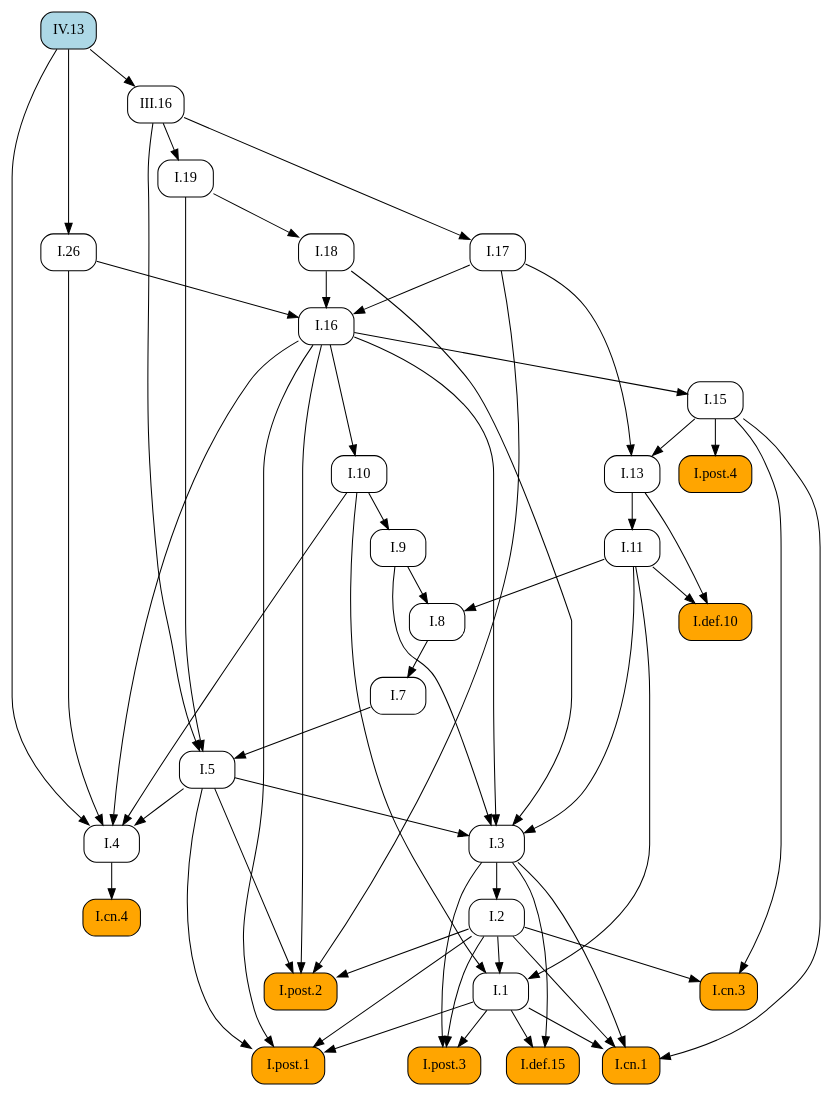
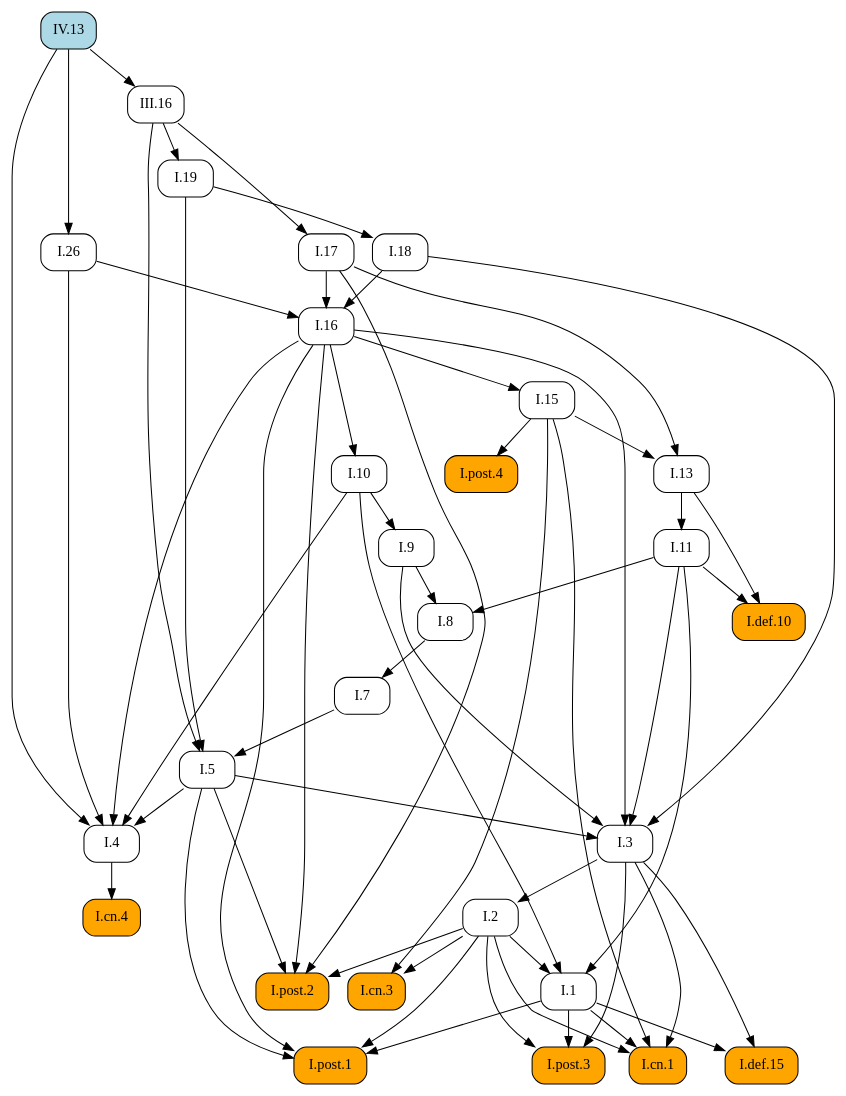
One commit to geometor/elements changed the diagram in docsrc/elements2/IV/13/index.rst. Above: the diagram before and after it, drawn with Graphviz. The commit also changed other lines of this file and 409 other files, not shown here.

First line of the commit message:
feat: Add image cropping and graphic extraction script

```diff
--- a/docsrc/elements2/IV/13/index.rst
+++ b/docsrc/elements2/IV/13/index.rst
@@ -78,89 +78,89 @@
    digraph {
      rankdir="TB";
      node [shape=box, style=rounded];
+     "I.def.15" [style="rounded,filled", fillcolor=orange, URL="/elements2/I/def.15/", target="_top"];
+     "I.19" [URL="/elements2/I/19/", target="_top"];
+     "I.18" [URL="/elements2/I/18/", target="_top"];
+     "I.11" [URL="/elements2/I/11/", target="_top"];
+     "I.def.10" [style="rounded,filled", fillcolor=orange, URL="/elements2/I/def.10/", target="_top"];
      "I.8" [URL="/elements2/I/8/", target="_top"];
-     "I.post.3" [style="rounded,filled", fillcolor=orange, URL="/elements2/I/post.3/", target="_top"];
-     "I.19" [URL="/elements2/I/19/", target="_top"];
-     "I.1" [URL="/elements2/I/1/", target="_top"];
-     "I.cn.4" [style="rounded,filled", fillcolor=orange, URL="/elements2/I/cn.4/", target="_top"];
-     "I.cn.3" [style="rounded,filled", fillcolor=orange, URL="/elements2/I/cn.3/", target="_top"];
-     "I.7" [URL="/elements2/I/7/", target="_top"];
-     "I.17" [URL="/elements2/I/17/", target="_top"];
-     "I.post.1" [style="rounded,filled", fillcolor=orange, URL="/elements2/I/post.1/", target="_top"];
-     "I.9" [URL="/elements2/I/9/", target="_top"];
      "I.5" [URL="/elements2/I/5/", target="_top"];
-     "I.cn.1" [style="rounded,filled", fillcolor=orange, URL="/elements2/I/cn.1/", target="_top"];
-     "I.16" [URL="/elements2/I/16/", target="_top"];
-     "I.def.10" [style="rounded,filled", fillcolor=orange, URL="/elements2/I/def.10/", target="_top"];
-     "I.18" [URL="/elements2/I/18/", target="_top"];
-     "I.13" [URL="/elements2/I/13/", target="_top"];
-     "I.post.4" [style="rounded,filled", fillcolor=orange, URL="/elements2/I/post.4/", target="_top"];
-     "I.2" [URL="/elements2/I/2/", target="_top"];
-     "I.def.15" [style="rounded,filled", fillcolor=orange, URL="/elements2/I/def.15/", target="_top"];
-     "I.4" [URL="/elements2/I/4/", target="_top"];
-     "IV.13" [style="rounded,filled", fillcolor=lightblue, URL="/elements2/IV/13/", target="_top"];
-     "I.11" [URL="/elements2/I/11/", target="_top"];
-     "I.10" [URL="/elements2/I/10/", target="_top"];
-     "III.16" [URL="/elements2/III/16/", target="_top"];
      "I.15" [URL="/elements2/I/15/", target="_top"];
      "I.3" [URL="/elements2/I/3/", target="_top"];
+     "I.10" [URL="/elements2/I/10/", target="_top"];
+     "I.17" [URL="/elements2/I/17/", target="_top"];
+     "I.26" [URL="/elements2/I/26/", target="_top"];
+     "I.cn.1" [style="rounded,filled", fillcolor=orange, URL="/elements2/I/cn.1/", target="_top"];
+     "I.cn.3" [style="rounded,filled", fillcolor=orange, URL="/elements2/I/cn.3/", target="_top"];
+     "I.13" [URL="/elements2/I/13/", target="_top"];
+     "I.4" [URL="/elements2/I/4/", target="_top"];
+     "I.post.3" [style="rounded,filled", fillcolor=orange, URL="/elements2/I/post.3/", target="_top"];
+     "IV.13" [style="rounded,filled", fillcolor=lightblue, URL="/elements2/IV/13/", target="_top"];
+     "I.7" [URL="/elements2/I/7/", target="_top"];
+     "III.16" [URL="/elements2/III/16/", target="_top"];
+     "I.9" [URL="/elements2/I/9/", target="_top"];
+     "I.16" [URL="/elements2/I/16/", target="_top"];
+     "I.post.1" [style="rounded,filled", fillcolor=orange, URL="/elements2/I/post.1/", target="_top"];
+     "I.2" [URL="/elements2/I/2/", target="_top"];
+     "I.cn.4" [style="rounded,filled", fillcolor=orange, URL="/elements2/I/cn.4/", target="_top"];
+     "I.post.4" [style="rounded,filled", fillcolor=orange, URL="/elements2/I/post.4/", target="_top"];
+     "I.1" [URL="/elements2/I/1/", target="_top"];
      "I.post.2" [style="rounded,filled", fillcolor=orange, URL="/elements2/I/post.2/", target="_top"];
-     "I.26" [URL="/elements2/I/26/", target="_top"];
+     "I.1" -> "I.def.15";
+     "I.3" -> "I.def.15";
+     "III.16" -> "I.19";
+     "I.19" -> "I.18";
+     "I.13" -> "I.11";
+     "I.11" -> "I.def.10";
+     "I.13" -> "I.def.10";
      "I.9" -> "I.8";
      "I.11" -> "I.8";
-     "I.1" -> "I.post.3";
-     "I.2" -> "I.post.3";
-     "I.3" -> "I.post.3";
-     "III.16" -> "I.19";
-     "I.2" -> "I.1";
-     "I.10" -> "I.1";
-     "I.11" -> "I.1";
-     "I.4" -> "I.cn.4";
-     "I.2" -> "I.cn.3";
-     "I.15" -> "I.cn.3";
-     "I.8" -> "I.7";
-     "III.16" -> "I.17";
-     "I.1" -> "I.post.1";
-     "I.2" -> "I.post.1";
-     "I.5" -> "I.post.1";
-     "I.16" -> "I.post.1";
-     "I.10" -> "I.9";
      "I.7" -> "I.5";
      "I.19" -> "I.5";
      "III.16" -> "I.5";
-     "I.1" -> "I.cn.1";
-     "I.2" -> "I.cn.1";
-     "I.3" -> "I.cn.1";
-     "I.15" -> "I.cn.1";
-     "I.17" -> "I.16";
-     "I.18" -> "I.16";
-     "I.26" -> "I.16";
-     "I.11" -> "I.def.10";
-     "I.13" -> "I.def.10";
-     "I.19" -> "I.18";
-     "I.15" -> "I.13";
-     "I.17" -> "I.13";
-     "I.15" -> "I.post.4";
-     "I.3" -> "I.2";
-     "I.1" -> "I.def.15";
-     "I.3" -> "I.def.15";
-     "I.5" -> "I.4";
-     "I.10" -> "I.4";
-     "I.16" -> "I.4";
-     "I.26" -> "I.4";
-     "IV.13" -> "I.4";
-     "I.13" -> "I.11";
-     "I.16" -> "I.10";
-     "IV.13" -> "III.16";
      "I.16" -> "I.15";
      "I.5" -> "I.3";
      "I.9" -> "I.3";
      "I.11" -> "I.3";
      "I.16" -> "I.3";
      "I.18" -> "I.3";
+     "I.16" -> "I.10";
+     "III.16" -> "I.17";
+     "IV.13" -> "I.26";
+     "I.1" -> "I.cn.1";
+     "I.2" -> "I.cn.1";
+     "I.3" -> "I.cn.1";
+     "I.15" -> "I.cn.1";
+     "I.2" -> "I.cn.3";
+     "I.15" -> "I.cn.3";
+     "I.15" -> "I.13";
+     "I.17" -> "I.13";
+     "I.5" -> "I.4";
+     "I.10" -> "I.4";
+     "I.16" -> "I.4";
+     "I.26" -> "I.4";
+     "IV.13" -> "I.4";
+     "I.1" -> "I.post.3";
+     "I.2" -> "I.post.3";
+     "I.3" -> "I.post.3";
+     "I.8" -> "I.7";
+     "IV.13" -> "III.16";
+     "I.10" -> "I.9";
+     "I.17" -> "I.16";
+     "I.18" -> "I.16";
+     "I.26" -> "I.16";
+     "I.1" -> "I.post.1";
+     "I.2" -> "I.post.1";
+     "I.5" -> "I.post.1";
+     "I.16" -> "I.post.1";
+     "I.3" -> "I.2";
+     "I.4" -> "I.cn.4";
+     "I.15" -> "I.post.4";
+     "I.2" -> "I.1";
+     "I.10" -> "I.1";
+     "I.11" -> "I.1";
      "I.2" -> "I.post.2";
      "I.5" -> "I.post.2";
      "I.16" -> "I.post.2";
      "I.17" -> "I.post.2";
-     "IV.13" -> "I.26";
    }
```
